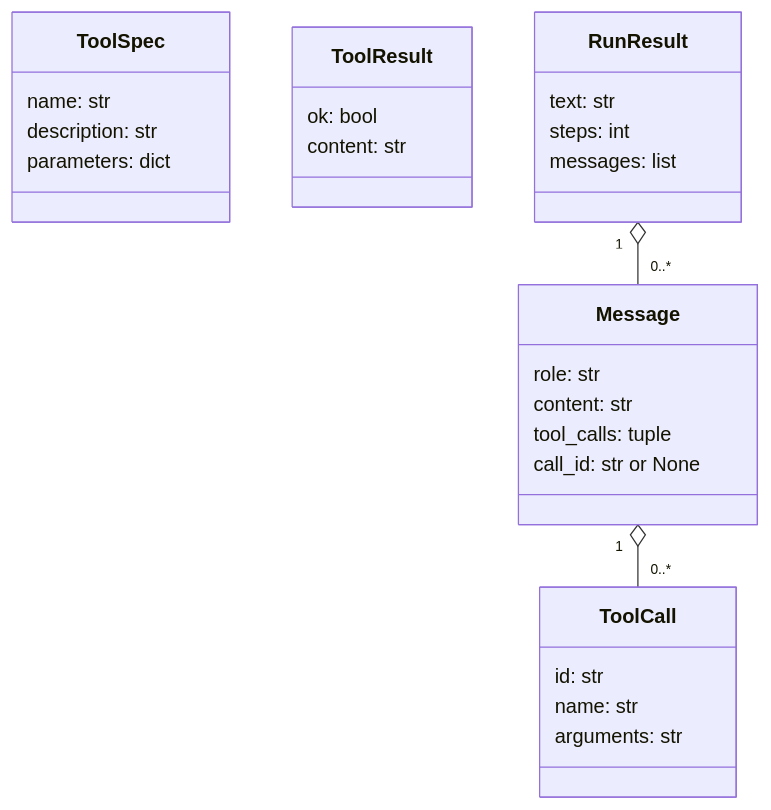
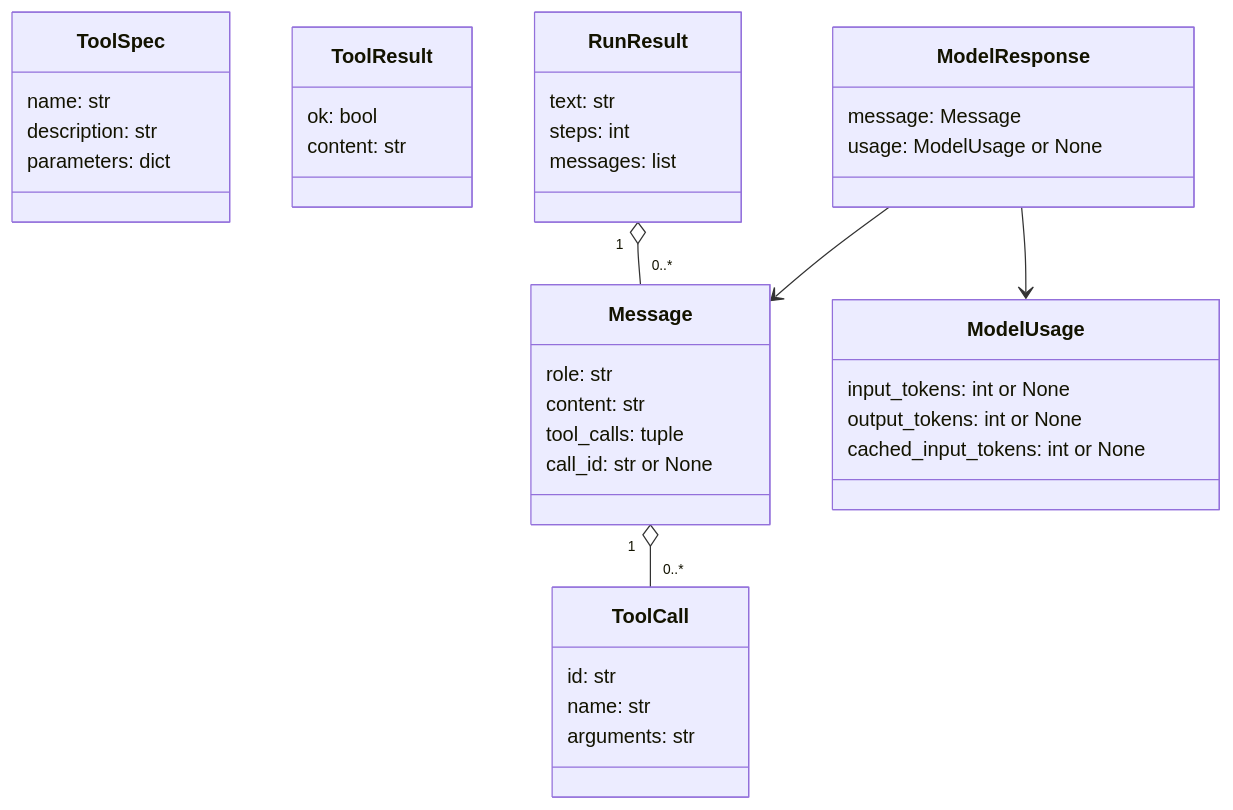
One commit to mtirtasana/ai-coding-agent changed the third of 7 diagrams in docs/architecture.md. Above: the diagram before and after it, drawn with Mermaid. The commit also changed other lines of this file and 12 other files, not shown here.

````diff
--- a/docs/architecture.md
+++ b/docs/architecture.md
@@ -134,30 +137,41 @@
 ```mermaid
 classDiagram
     class Message {
         role: str
         content: str
         tool_calls: tuple
         call_id: str or None
     }
     class ToolCall {
         id: str
         name: str
         arguments: str
     }
     class ToolSpec {
         name: str
         description: str
         parameters: dict
     }
     class ToolResult {
         ok: bool
         content: str
     }
     class RunResult {
         text: str
         steps: int
         messages: list
     }
     Message "1" o-- "0..*" ToolCall
     RunResult "1" o-- "0..*" Message
+    class ModelResponse {
+        message: Message
+        usage: ModelUsage or None
+    }
+    class ModelUsage {
+        input_tokens: int or None
+        output_tokens: int or None
+        cached_input_tokens: int or None
+    }
+    ModelResponse --> Message
+    ModelResponse --> ModelUsage
 ```
````
